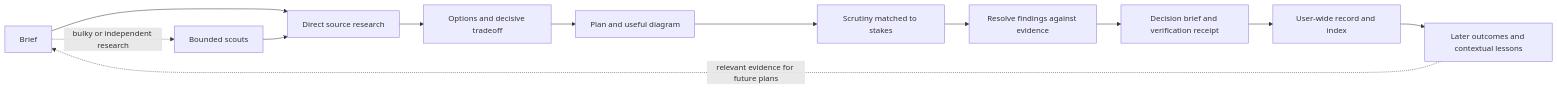
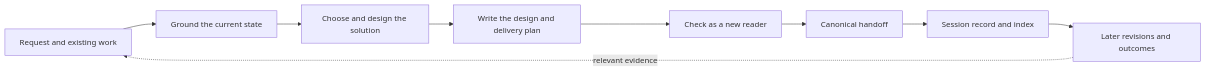
The second of 2 diagrams in ARCHITECTURE.md (hardworker/agentic-toolkit), drawn with Mermaid before and after one commit. The commit also changed other lines of this file and 22 other files, not shown here.

````diff
--- a/ARCHITECTURE.md
+++ b/ARCHITECTURE.md
@@ -48,14 +48,11 @@
 ```mermaid
 flowchart LR
-    B[Brief] --> E[Direct source research]
-    B -. bulky or independent research .-> S[Bounded scouts]
-    S --> E
-    E --> O[Options and decisive tradeoff]
-    O --> P[Plan and useful diagram]
-    P --> C[Scrutiny matched to stakes]
-    C --> R[Resolve findings against evidence]
-    R --> H[Decision brief and verification receipt]
-    H --> L[User-wide record and index]
-    L --> U[Later outcomes and contextual lessons]
-    U -. relevant evidence for future plans .-> B
+    B[Request and existing work] --> E[Ground the current state]
+    E --> D[Choose and design the solution]
+    D --> P[Write the design and delivery plan]
+    P --> C[Check as a new reader]
+    C --> H[Canonical handoff]
+    H --> L[Session record and index]
+    L --> U[Later revisions and outcomes]
+    U -. relevant evidence .-> B
 ```
````
